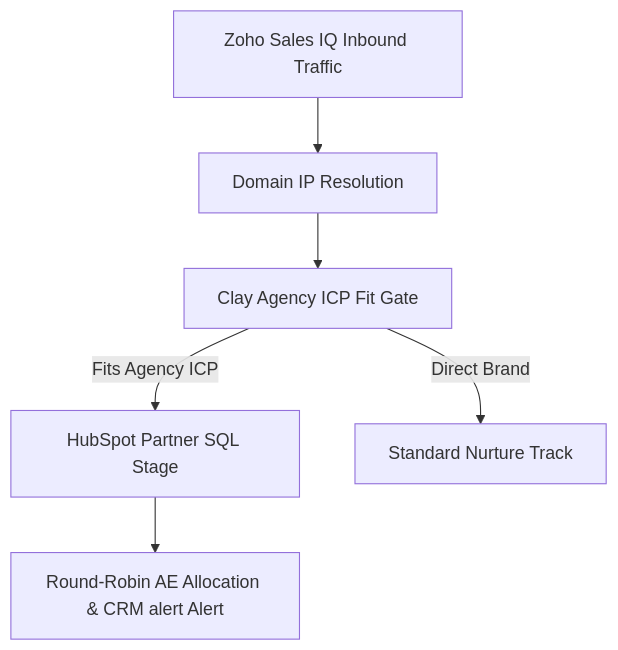
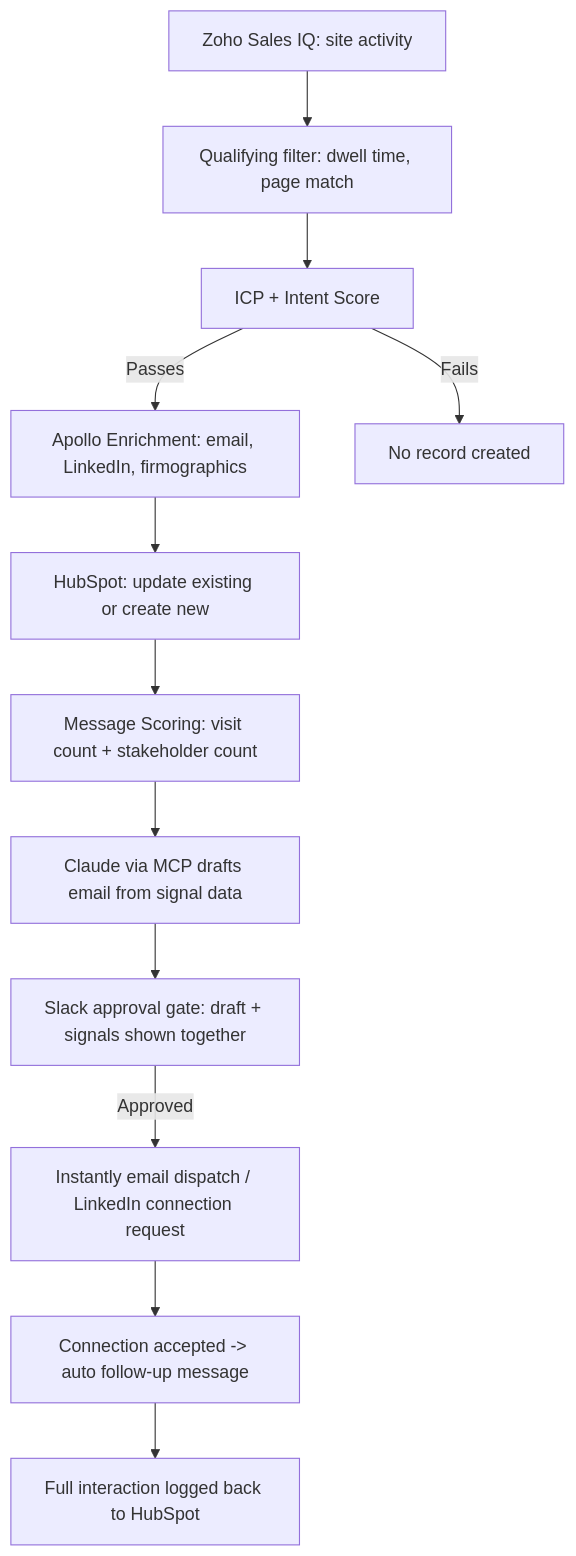
The diagram in src/content/caseStudies/mavlers-partner-agency-signals.md (digital-experts-team/AI-Growth-Portfolio), drawn with Mermaid before and after one commit. The commit also changed other lines of this file and 1 other file, not shown here.

Commit message:
Rewrite Mavlers case study (full outbound engine + SEO/AEO delivery system) and add new Website Signal-to-Outbound Engine workflow with video breakdown, cross-linked

````diff
--- a/src/content/caseStudies/mavlers-partner-agency-signals.md
+++ b/src/content/caseStudies/mavlers-partner-agency-signals.md
@@ -36,8 +51,14 @@
 ```mermaid
 graph TD
-    A[Zoho Sales IQ Inbound Traffic] --> B[Domain IP Resolution]
-    B --> C[Clay Agency ICP Fit Gate]
-    C -->|Fits Agency ICP| D[HubSpot Partner SQL Stage]
-    C -->|Direct Brand| E[Standard Nurture Track]
-    D --> F[Round-Robin AE Allocation & CRM alert Alert]
+    A[Zoho Sales IQ: site activity] --> B[Qualifying filter: dwell time, page match]
+    B --> C[ICP + Intent Score]
+    C -->|Passes| D[Apollo Enrichment: email, LinkedIn, firmographics]
+    C -->|Fails| E[No record created]
+    D --> F[HubSpot: update existing or create new]
+    F --> G[Message Scoring: visit count + stakeholder count]
+    G --> H[Claude via MCP drafts email from signal data]
+    H --> I[Slack approval gate: draft + signals shown together]
+    I -->|Approved| J[Instantly email dispatch / LinkedIn connection request]
+    J --> K[Connection accepted -> auto follow-up message]
+    K --> L[Full interaction logged back to HubSpot]
 ```
````
